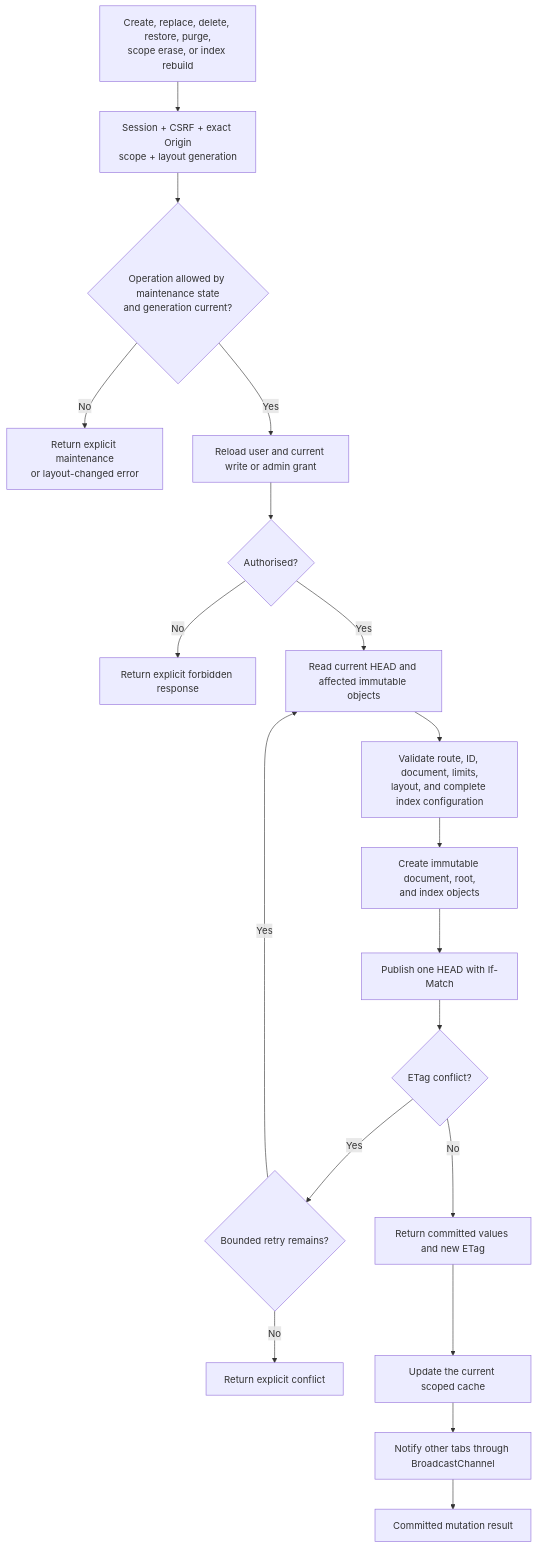
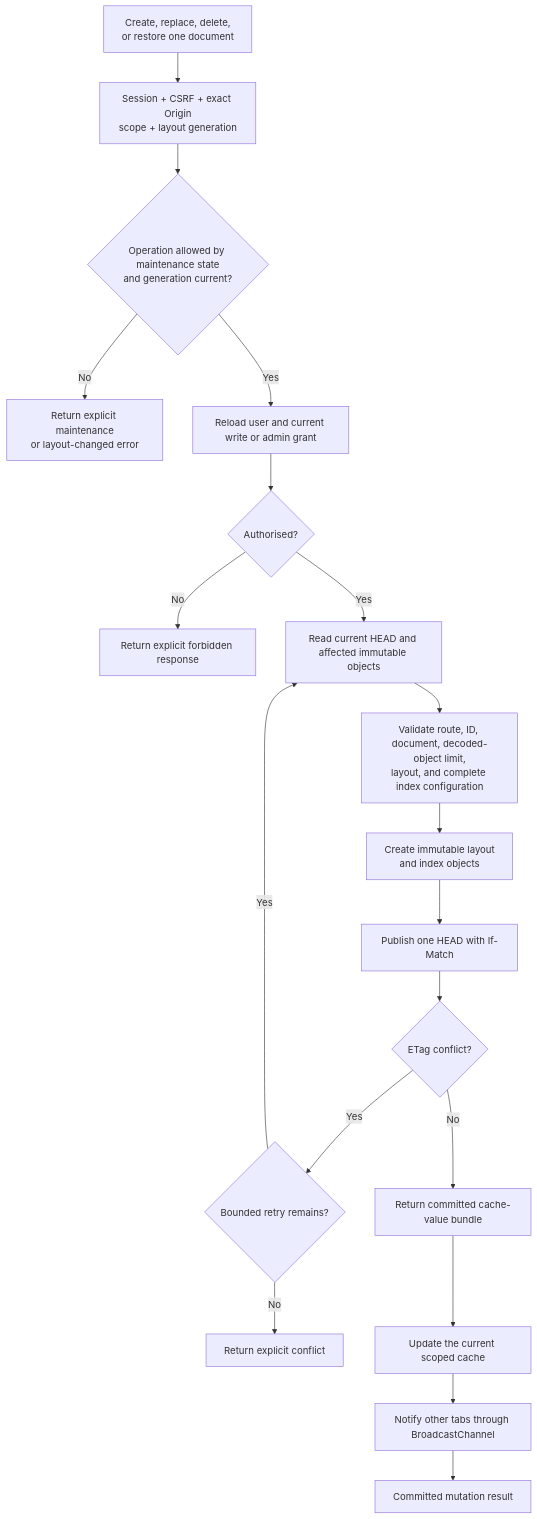
One commit to Jason-Doyle/thimble changed the third of 4 diagrams in README.md. Above: the diagram before and after it, drawn with Mermaid. The commit also changed other lines of this file and 10 other files, not shown here.

First line of the commit message:
Correct system diagrams

````diff
--- a/README.md
+++ b/README.md
@@ -104,22 +111,22 @@
 ```mermaid
 flowchart TD
-  Mutation["Create, replace, delete, restore, purge,<br/>scope erase, or index rebuild"]
+  Mutation["Create, replace, delete,<br/>or restore one document"]
   Mutation --> Request["Session + CSRF + exact Origin<br/>scope + layout generation"]
   Request --> Guards{"Operation allowed by maintenance state<br/>and generation current?"}
   Guards -- No --> Reject["Return explicit maintenance<br/>or layout-changed error"]
   Guards -- Yes --> Grant["Reload user and current write or admin grant"]
   Grant --> Authorised{"Authorised?"}
   Authorised -- No --> Deny["Return explicit forbidden response"]
   Authorised -- Yes --> Load["Read current HEAD and affected immutable objects"]
-  Load --> Validate["Validate route, ID, document, limits,<br/>layout, and complete index configuration"]
-  Validate --> Immutable["Create immutable document, root,<br/>and index objects"]
+  Load --> Validate["Validate route, ID, document, decoded-object limit,<br/>layout, and complete index configuration"]
+  Validate --> Immutable["Create immutable layout<br/>and index objects"]
   Immutable --> Publish["Publish one HEAD with If-Match"]
   Publish --> Conflict{"ETag conflict?"}
   Conflict -- Yes --> Retry{"Bounded retry remains?"}
   Retry -- Yes --> Load
   Retry -- No --> ConflictError["Return explicit conflict"]
-  Conflict -- No --> Commit["Return committed values and new ETag"]
+  Conflict -- No --> Commit["Return committed cache-value bundle"]
   Commit --> Cache["Update the current scoped cache"]
   Cache --> Tabs["Notify other tabs through BroadcastChannel"]
   Tabs --> Result["Committed mutation result"]
 ```
````
